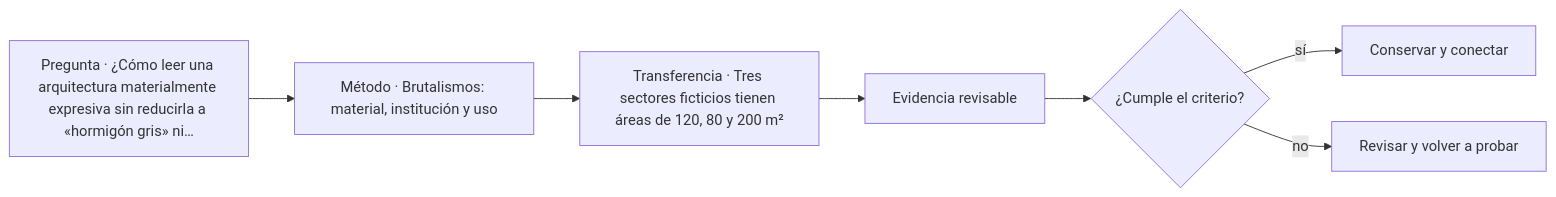
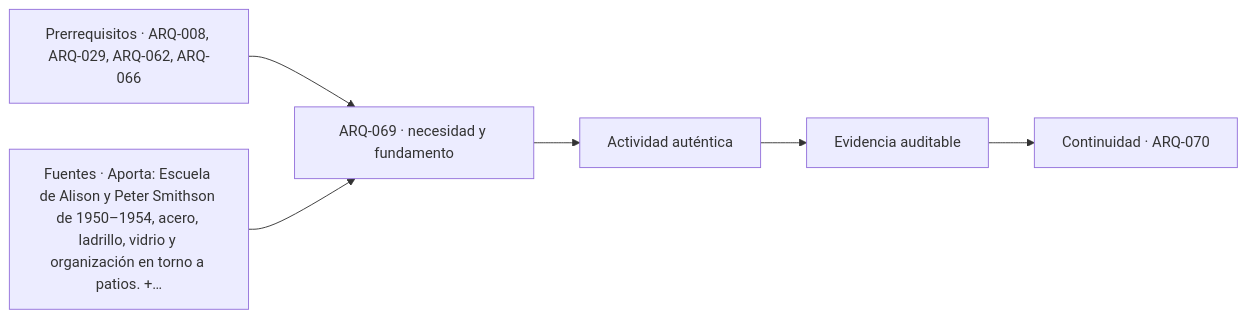
Before and after one commit to vladimiracunadev-create/architecture-built-environment-learning-program: the diagram in classes/parte-07/ARQ-069.md, drawn with Mermaid. The commit also changed other lines of this file and 761 other files, not shown here.

````diff
--- a/classes/parte-07/ARQ-069.md
+++ b/classes/parte-07/ARQ-069.md
@@ -153,9 +165,8 @@
 ```mermaid
 flowchart LR
-    Q["Pregunta · ¿Cómo leer una arquitectura materialmente expresiva sin reducirla a «hormigón gris» ni…"] --> M["Método · Brutalismos: material, institución y uso"]
-    M --> P["Transferencia · Tres sectores ficticios tienen áreas de 120, 80 y 200 m²"]
-    P --> E["Evidencia revisable"]
-    E --> C{"¿Cumple el criterio?"}
-    C -->|sí| T["Conservar y conectar"]
-    C -->|no| R["Revisar y volver a probar"]
+    A["Prerrequisitos · ARQ-008, ARQ-029, ARQ-062, ARQ-066"] --> B["ARQ-069 · necesidad y fundamento"]
+    S["Fuentes · Aporta: Escuela de Alison y Peter Smithson de 1950–1954, acero, ladrillo, vidrio y organización en torno a patios. +…"] --> B
+    B --> C["Actividad auténtica"]
+    C --> D["Evidencia auditable"]
+    D --> E["Continuidad · ARQ-070"]
 ```
````
